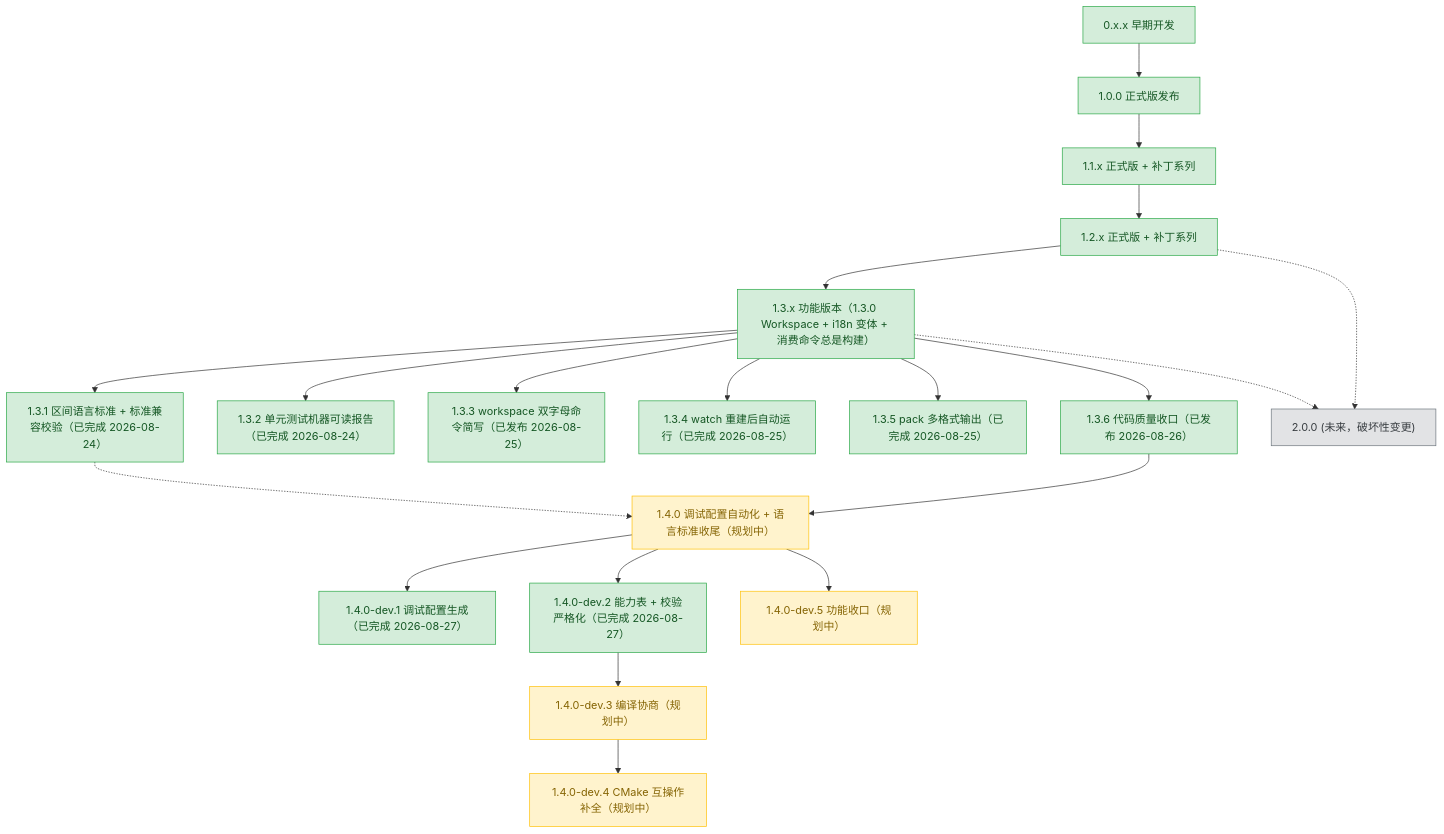
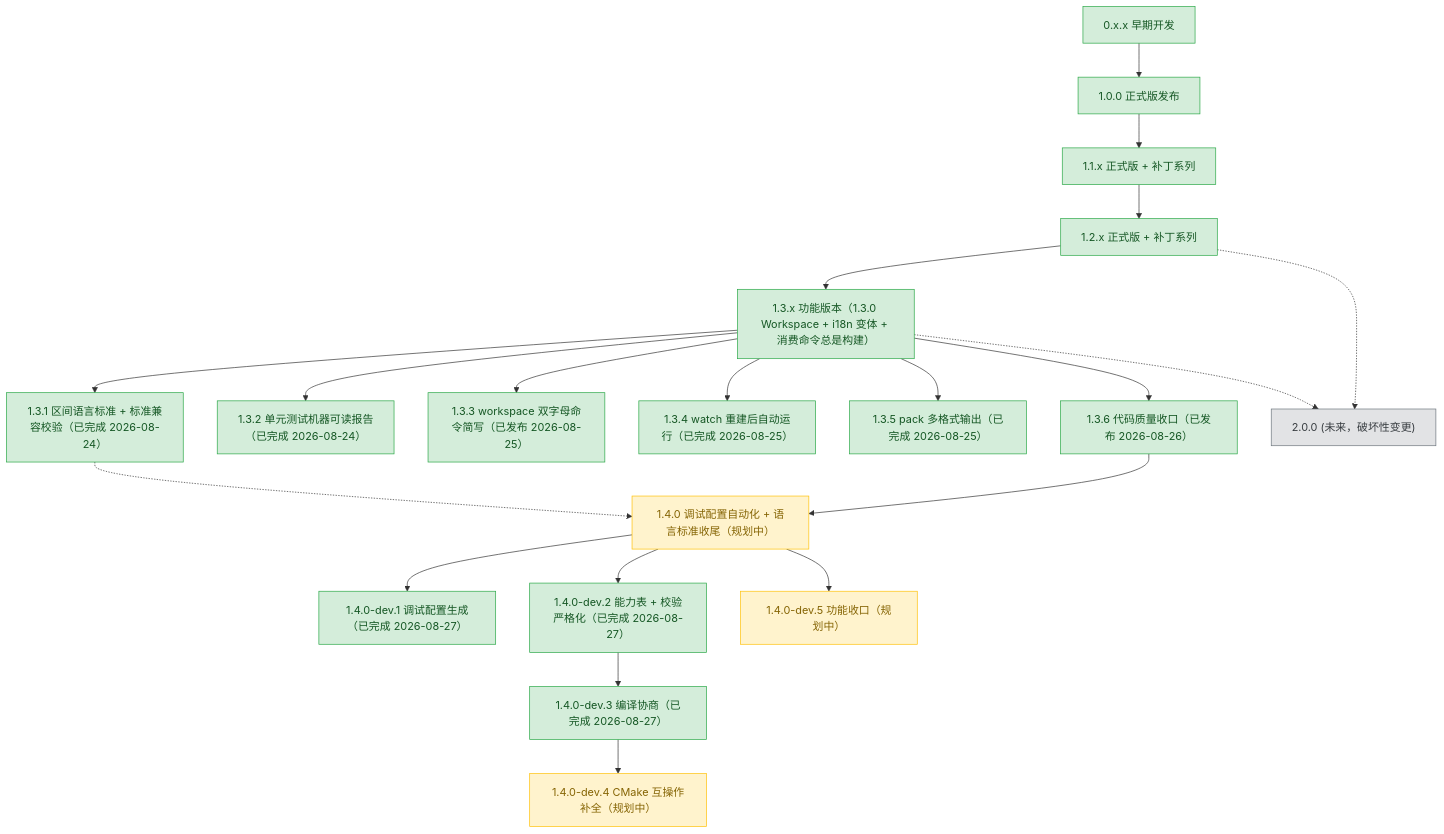
One commit to 3667808244/EazyMake changed the diagram in plans/README.md. Above: the diagram before and after it, drawn with Mermaid. The commit also changed other lines of this file and 7 other files, not shown here.

````diff
--- a/plans/README.md
+++ b/plans/README.md
@@ -66,63 +66,63 @@
 ```mermaid
 graph TD
     v0xx["0.x.x 早期开发"]
     v100["1.0.0 正式版发布"]
     v11x["1.1.x 正式版 + 补丁系列"]
     v12x["1.2.x 正式版 + 补丁系列"]
     v13x["1.3.x 功能版本（1.3.0 Workspace + i18n 变体 + 消费命令总是构建）"]
     v131["1.3.1 区间语言标准 + 标准兼容校验（已完成 2026-08-24）"]
     v132["1.3.2 单元测试机器可读报告（已完成 2026-08-24）"]
     v133["1.3.3 workspace 双字母命令简写（已发布 2026-08-25）"]
     v134["1.3.4 watch 重建后自动运行（已完成 2026-08-25）"]
     v135["1.3.5 pack 多格式输出（已完成 2026-08-25）"]
     v136["1.3.6 代码质量收口（已发布 2026-08-26）"]
     v140["1.4.0 调试配置自动化 + 语言标准收尾（规划中）"]
     v141["1.4.0-dev.1 调试配置生成（已完成 2026-08-27）"]
     v142["1.4.0-dev.2 能力表 + 校验严格化（已完成 2026-08-27）"]
-    v143["1.4.0-dev.3 编译协商（规划中）"]
+    v143["1.4.0-dev.3 编译协商（已完成 2026-08-27）"]
     v144["1.4.0-dev.4 CMake 互操作补全（规划中）"]
     v145["1.4.0-dev.5 功能收口（规划中）"]
     v200["2.0.0 (未来，破坏性变更)"]
 
     v0xx --> v100
     v100 --> v11x
     v11x --> v12x
     v12x --> v13x
     v13x --> v131
     v13x --> v132
     v13x --> v133
     v13x --> v134
     v13x --> v135
     v13x --> v136
     v136 --> v140
     v140 --> v141
     v140 --> v142
     v142 --> v143
     v143 --> v144
     v140 --> v145
     v131 -.-> v140
     v12x -.-> v200
     v13x -.-> v200
 
     classDef done fill:#d4edda,stroke:#28a745,color:#155724;
     classDef active fill:#fff3cd,stroke:#ffc107,color:#856404;
     classDef todo fill:#e2e3e5,stroke:#6c757d,color:#383d41;
 
     class v0xx,v100 done;
     class v11x done;
     class v12x done;
     class v13x done;
     class v131 done;
     class v132 done;
     class v133 done;
     class v134 done;
     class v135 done;
     class v136 done;
     class v140 active;
     class v141 done;
     class v142 done;
-    class v143 active;
+    class v143 done;
     class v144 active;
     class v145 active;
     class v200 todo;
 ```
````
